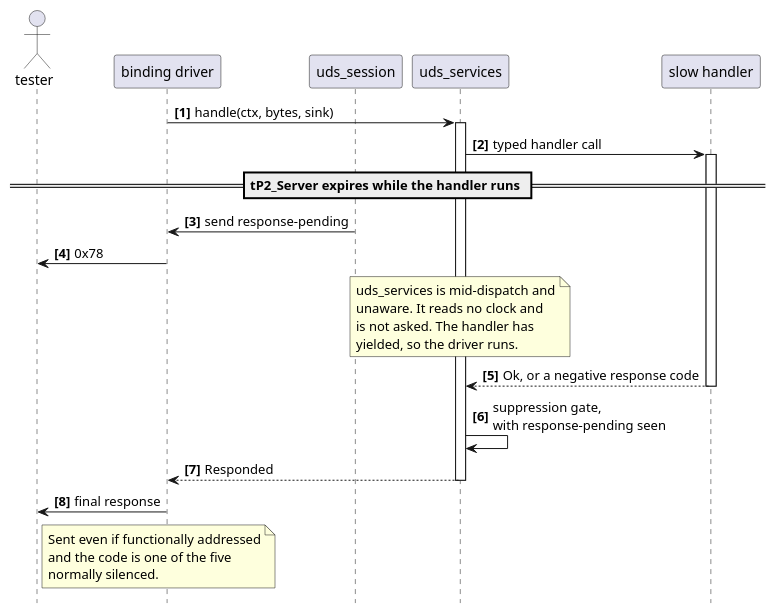
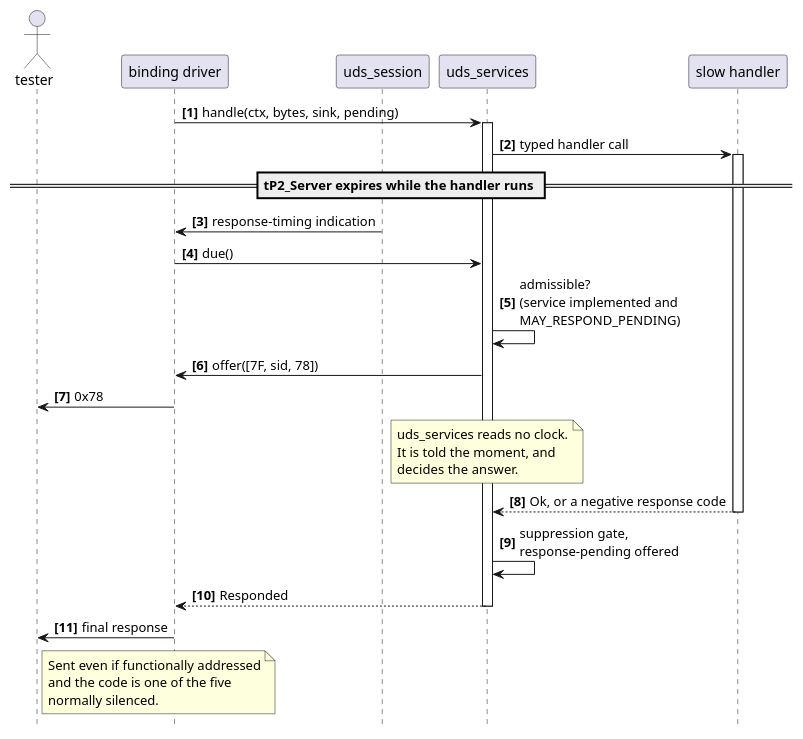
One commit to luminartech/uds_stack changed the diagram in crates/uds_services/docs/architecture/not-owned.rst. Above: the diagram before and after it, drawn with PlantUML. The commit also changed other lines of this file, not shown here.

First line of the commit message:
docs: record what moved out of not-owned, and what did not

```diff
--- a/crates/uds_services/docs/architecture/not-owned.rst
+++ b/crates/uds_services/docs/architecture/not-owned.rst
@@ -55,43 +80,45 @@
 .. uml::
    :align: center
    :caption: A handler that outruns ``tP2_Server``. The handler yielding is what lets
              the driver reach step 3 at all.
 
    @startuml
    autonumber "<b>[0]"
    hide footbox
 
    actor tester as T
    participant "binding driver" as I
    participant "uds_session" as S
    participant "uds_services" as V
    participant "slow handler" as H
 
-   I -> V : handle(ctx, bytes, sink)
+   I -> V : handle(ctx, bytes, sink, pending)
    activate V
    V -> H : typed handler call
    activate H
 
    == tP2_Server expires while the handler runs ==
 
-   S -> I : send response-pending
+   S -> I : response-timing indication
+   I -> V : due()
+   V -> V : admissible?\n(service implemented and\nMAY_RESPOND_PENDING)
+   V -> I : offer([7F, sid, 78])
    I -> T : 0x78
    note over V
-     uds_services is mid-dispatch and
-     unaware. It reads no clock and
-     is not asked. The handler has
-     yielded, so the driver runs.
+     uds_services reads no clock.
+     It is told the moment, and
+     decides the answer.
    end note
 
    H --> V : Ok, or a negative response code
    deactivate H
-   V -> V : suppression gate,\nwith response-pending seen
+   V -> V : suppression gate,\nresponse-pending offered
    V --> I : Responded
    deactivate V
    I -> T : final response
    note right of T
      Sent even if functionally addressed
      and the code is one of the five
      normally silenced.
    end note
    @enduml
```
